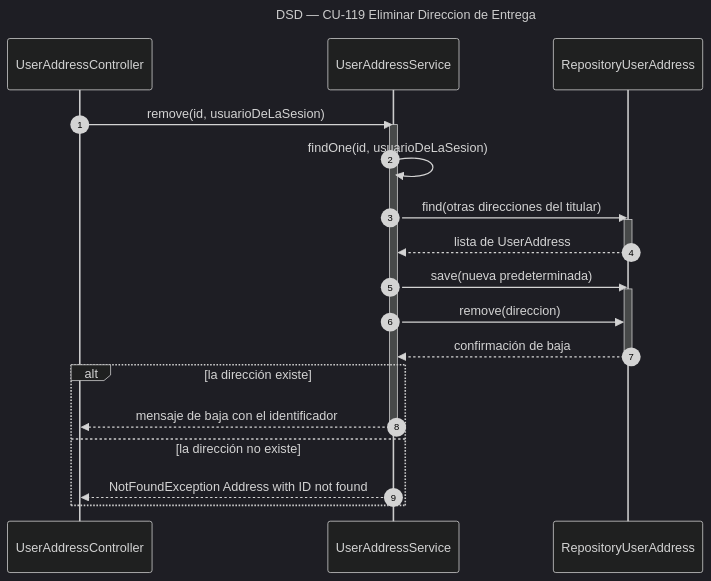
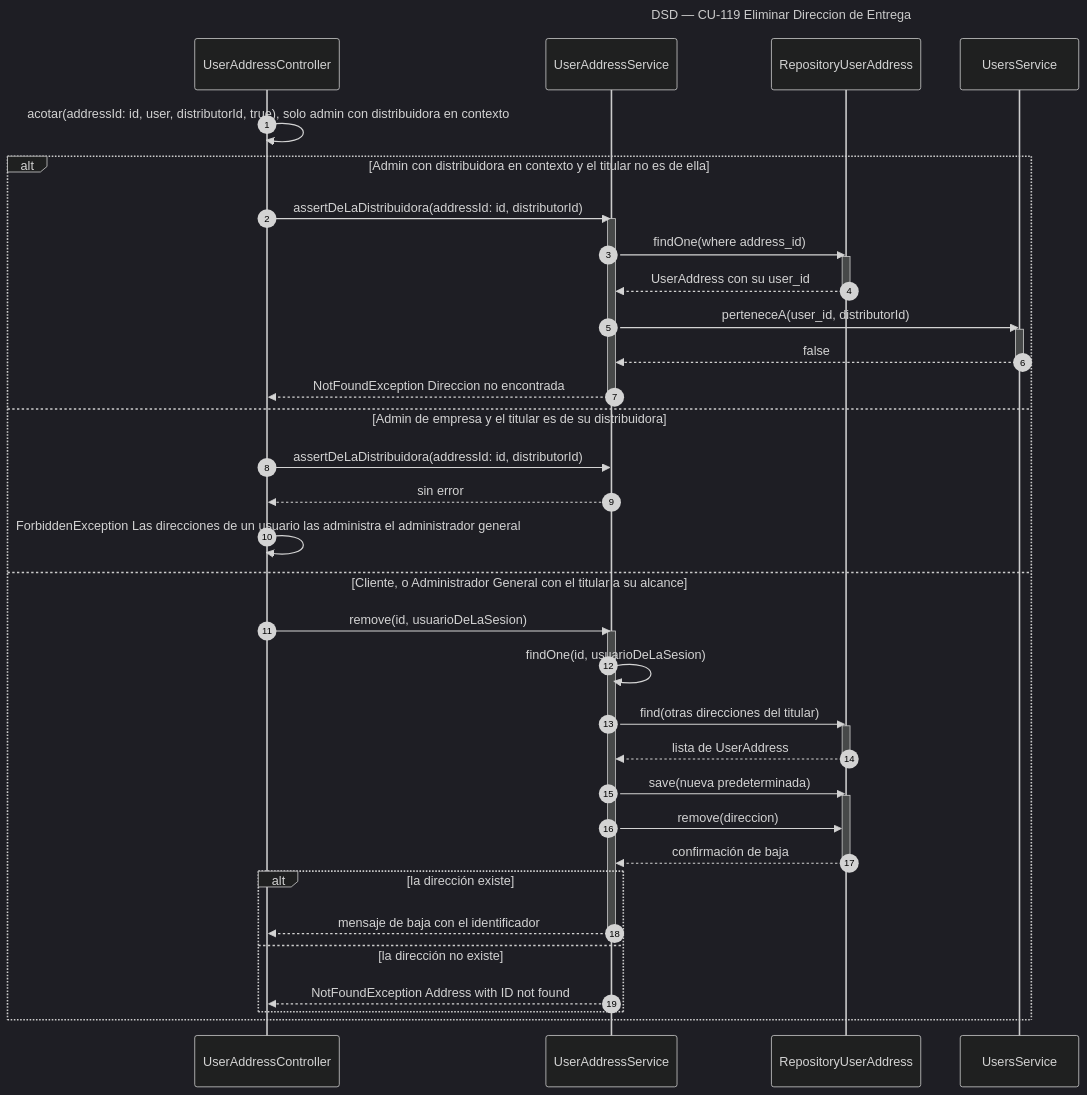
Before and after one commit to Nahuelito-Dev/splg-docs: the diagram in diagramas/DSD_CU-119_Eliminar-Direccion-de-Entrega.mmd, drawn with Mermaid (dark theme). The commit also changed 49 other files, not shown here.

First line of the commit message:
docs(cu): aislamiento en choferes, clientes, direcciones, posventa, notificaciones y admin

```diff
--- a/diagramas/DSD_CU-119_Eliminar-Direccion-de-Entrega.mmd
+++ b/diagramas/DSD_CU-119_Eliminar-Direccion-de-Entrega.mmd
@@ -1,25 +1,46 @@
 sequenceDiagram
     title DSD — CU-119 Eliminar Direccion de Entrega
     autonumber
     participant CTRL as UserAddressController
     participant SRV as UserAddressService
     participant AREP as RepositoryUserAddress
+    participant USRV as UsersService
 
-    CTRL->>SRV: remove(id, usuarioDeLaSesion)
-    activate SRV
-    SRV->>SRV: findOne(id, usuarioDeLaSesion)
-    SRV->>AREP: find(otras direcciones del titular)
-    activate AREP
-    AREP-->>SRV: lista de UserAddress
-    deactivate AREP
-    SRV->>AREP: save(nueva predeterminada)
-    activate AREP
-    SRV->>AREP: remove(direccion)
-    AREP-->>SRV: confirmación de baja
-    deactivate AREP
-    alt la dirección existe
-        SRV-->>CTRL: mensaje de baja con el identificador
+    CTRL->>CTRL: acotar(addressId: id, user, distributorId, true), solo admin con distribuidora en contexto
+    alt Admin con distribuidora en contexto y el titular no es de ella
+        CTRL->>SRV: assertDeLaDistribuidora(addressId: id, distributorId)
+        activate SRV
+        SRV->>AREP: findOne(where address_id)
+        activate AREP
+        AREP-->>SRV: UserAddress con su user_id
+        deactivate AREP
+        SRV->>USRV: perteneceA(user_id, distributorId)
+        activate USRV
+        USRV-->>SRV: false
+        deactivate USRV
+        SRV-->>CTRL: NotFoundException Direccion no encontrada
         deactivate SRV
-    else la dirección no existe
-        SRV-->>CTRL: NotFoundException Address with ID not found
+    else Admin de empresa y el titular es de su distribuidora
+        CTRL->>SRV: assertDeLaDistribuidora(addressId: id, distributorId)
+        SRV-->>CTRL: sin error
+        CTRL->>CTRL: ForbiddenException Las direcciones de un usuario las administra el administrador general
+    else Cliente, o Administrador General con el titular a su alcance
+        CTRL->>SRV: remove(id, usuarioDeLaSesion)
+        activate SRV
+        SRV->>SRV: findOne(id, usuarioDeLaSesion)
+        SRV->>AREP: find(otras direcciones del titular)
+        activate AREP
+        AREP-->>SRV: lista de UserAddress
+        deactivate AREP
+        SRV->>AREP: save(nueva predeterminada)
+        activate AREP
+        SRV->>AREP: remove(direccion)
+        AREP-->>SRV: confirmación de baja
+        deactivate AREP
+        alt la dirección existe
+            SRV-->>CTRL: mensaje de baja con el identificador
+            deactivate SRV
+        else la dirección no existe
+            SRV-->>CTRL: NotFoundException Address with ID not found
+        end
     end
```
